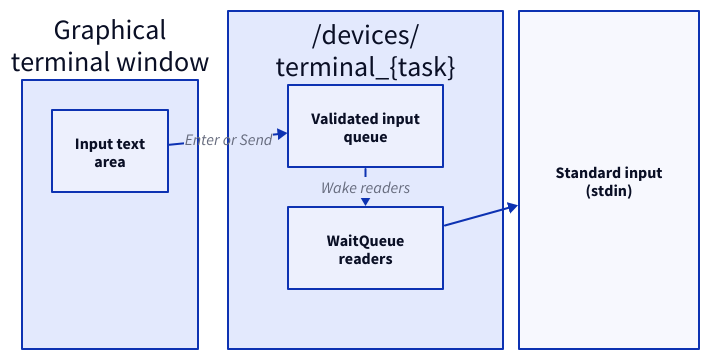
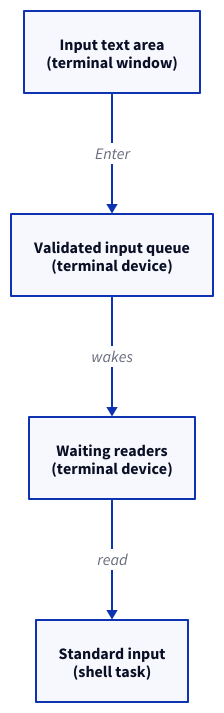
The first of 2 diagrams in src/content/docs/explanation/architecture/executables/terminal.mdx (xila-project/website), drawn with D2 before and after one commit. The commit also changed other lines of this file, not shown here.

Commit message:
docs(diagrams): drop the frames of the terminal diagrams
Plain chains cannot put an edge label on a frame border, so the two
terminal diagrams now name the owner in each node label instead of
grouping the nodes in frames. Both render as vertical chains below
800 pixels wide.

Part of #132

````diff
--- a/src/content/docs/explanation/architecture/executables/terminal.mdx
+++ b/src/content/docs/explanation/architecture/executables/terminal.mdx
@@ -31,20 +31,12 @@
 ```d2 title="Input path from the terminal window to the shell task"
-grid-columns: 3
-grid-gap: 16
+direction: down
 
-gui: "Graphical\nterminal window" {
-  class: layer
-  input: "Input text\narea" { class: io }
-}
-device: "/devices/\nterminal_{task}" {
-  class: layer
-  grid-rows: 2
-  queue: "Validated input\nqueue" { class: component }
-  waiters: "WaitQueue\nreaders" { class: component }
-}
-stdin: "Standard input\n(stdin)" { class: io; width: 180; height: 80 }
+input: "Input text area\n(terminal window)" { class: io }
+queue: "Validated input queue\n(terminal device)" { class: component }
+waiters: "Waiting readers\n(terminal device)" { class: component }
+stdin: "Standard input\n(shell task)" { class: io }
 
-gui.input -> device.queue: Enter or Send
-device.queue -> device.waiters: Wake readers
-device.waiters -> stdin
+input -> queue: Enter
+queue -> waiters: wakes
+waiters -> stdin: read
 ```
````
